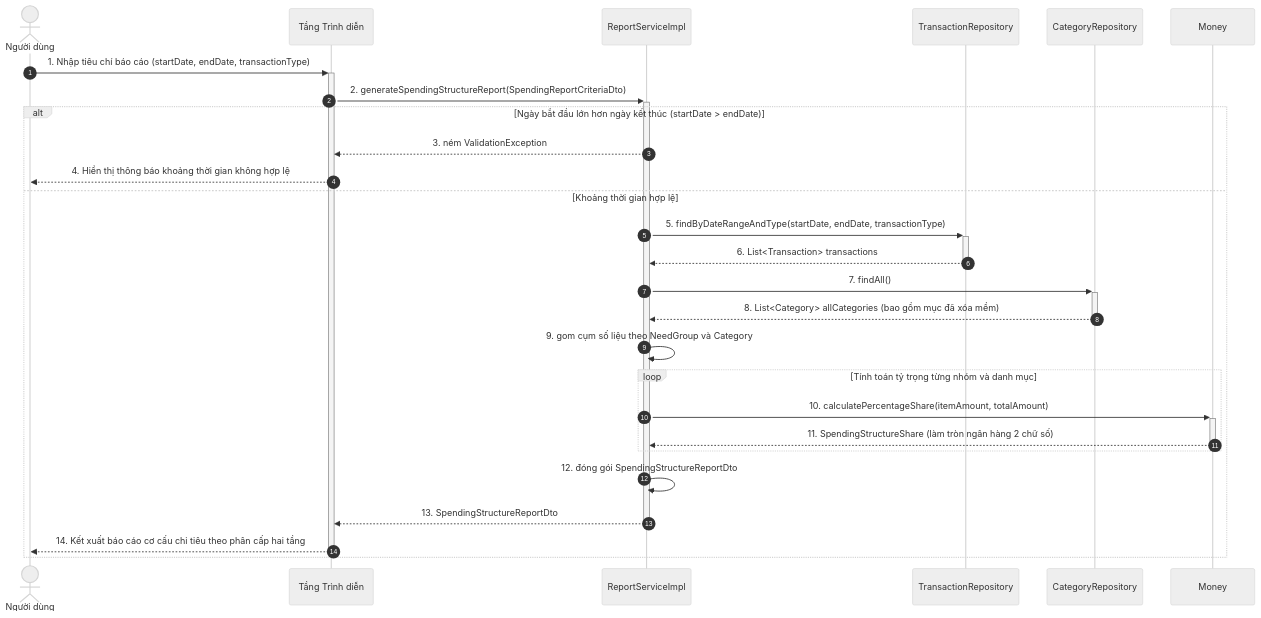
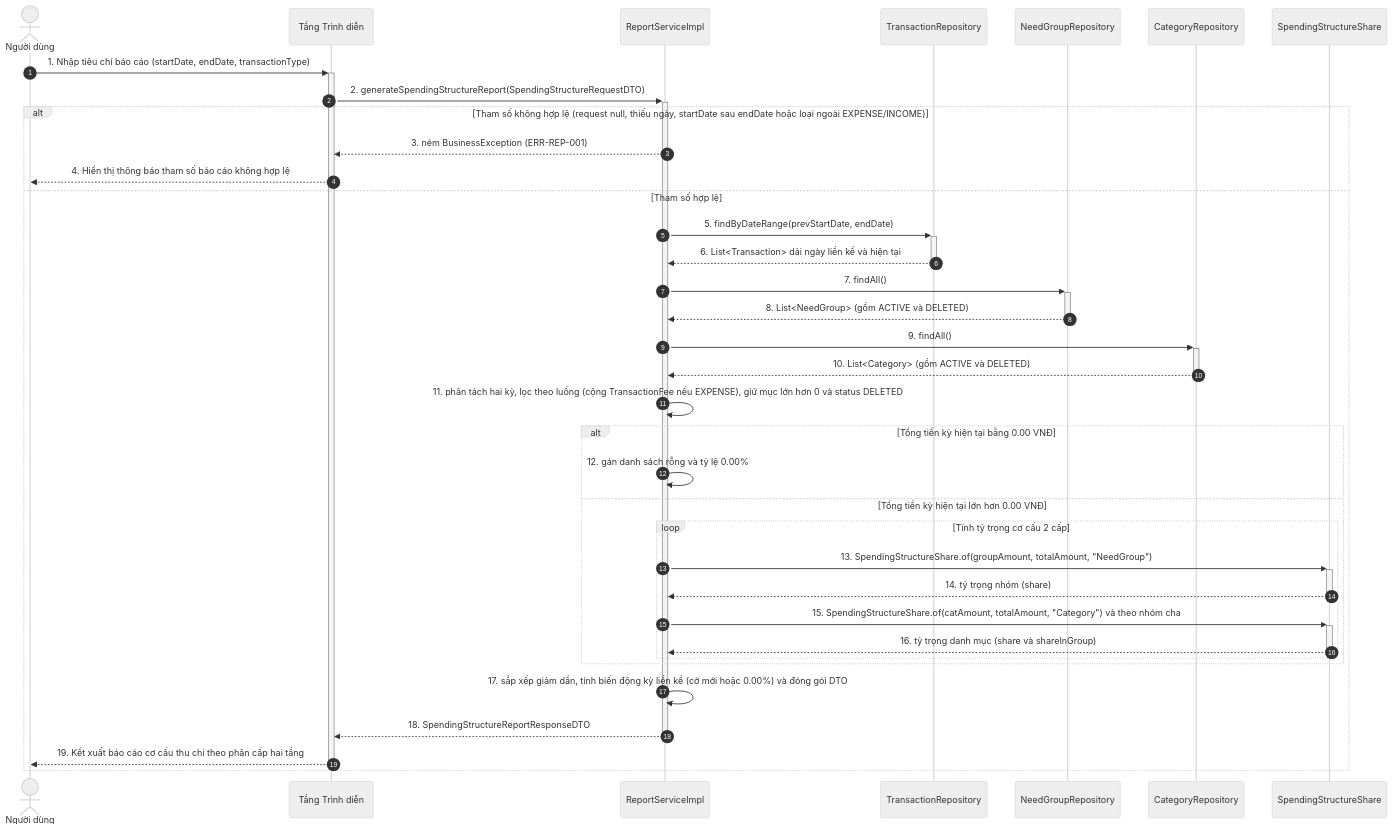
Diagram 18 of 21 in docs/object-oriented-design/05-so-do-tuong-tac-thiet-ke-sequence-diagram.md (mynhleeh/pfms-oop), drawn with Mermaid (neutral theme) before and after one commit. The commit also changed other lines of this file and 21 other files, not shown here.

Commit message:
docs(spec): align SRS, OOA, and OOD models with 12-month window and single-scan sequence

````diff
--- a/docs/object-oriented-design/05-so-do-tuong-tac-thiet-ke-sequence-diagram.md
+++ b/docs/object-oriented-design/05-so-do-tuong-tac-thiet-ke-sequence-diagram.md
@@ -963,30 +966,39 @@
 ```mermaid
 sequenceDiagram
     autonumber
     actor User as Người dùng
     participant GUI as Tầng Trình diễn
     participant ReportService as ReportServiceImpl
     participant TxnRepo as TransactionRepository
+    participant NeedGroupRepo as NeedGroupRepository
     participant CategoryRepo as CategoryRepository
-    participant Money as Money
+    participant ShareVO as SpendingStructureShare
 
     User->>+GUI: 1. Nhập tiêu chí báo cáo (startDate, endDate, transactionType)
-    GUI->>+ReportService: 2. generateSpendingStructureReport(SpendingReportCriteriaDto)
-    alt Ngày bắt đầu lớn hơn ngày kết thúc (startDate > endDate)
-        ReportService-->>GUI: 3. ném ValidationException
-        GUI-->>User: 4. Hiển thị thông báo khoảng thời gian không hợp lệ
-    else Khoảng thời gian hợp lệ
-        ReportService->>+TxnRepo: 5. findByDateRangeAndType(startDate, endDate, transactionType)
-        TxnRepo-->>-ReportService: 6. List<Transaction> transactions
-        ReportService->>+CategoryRepo: 7. findAll()
-        CategoryRepo-->>-ReportService: 8. List<Category> allCategories (bao gồm mục đã xóa mềm)
-        ReportService->>ReportService: 9. gom cụm số liệu theo NeedGroup và Category
-        loop Tính toán tỷ trọng từng nhóm và danh mục
-            ReportService->>+Money: 10. calculatePercentageShare(itemAmount, totalAmount)
-            Money-->>-ReportService: 11. SpendingStructureShare (làm tròn ngân hàng 2 chữ số)
+    GUI->>+ReportService: 2. generateSpendingStructureReport(SpendingStructureRequestDTO)
+    alt Tham số không hợp lệ (request null, thiếu ngày, startDate sau endDate hoặc loại ngoài EXPENSE/INCOME)
+        ReportService-->>GUI: 3. ném BusinessException (ERR-REP-001)
+        GUI-->>User: 4. Hiển thị thông báo tham số báo cáo không hợp lệ
+    else Tham số hợp lệ
+        ReportService->>+TxnRepo: 5. findByDateRange(prevStartDate, endDate)
+        TxnRepo-->>-ReportService: 6. List<Transaction> dải ngày liền kề và hiện tại
+        ReportService->>+NeedGroupRepo: 7. findAll()
+        NeedGroupRepo-->>-ReportService: 8. List<NeedGroup> (gồm ACTIVE và DELETED)
+        ReportService->>+CategoryRepo: 9. findAll()
+        CategoryRepo-->>-ReportService: 10. List<Category> (gồm ACTIVE và DELETED)
+        ReportService->>ReportService: 11. phân tách hai kỳ, lọc theo luồng (cộng TransactionFee nếu EXPENSE), giữ mục lớn hơn 0 và status DELETED
+        alt Tổng tiền kỳ hiện tại bằng 0.00 VNĐ
+            ReportService->>ReportService: 12. gán danh sách rỗng và tỷ lệ 0.00%
+        else Tổng tiền kỳ hiện tại lớn hơn 0.00 VNĐ
+            loop Tính tỷ trọng cơ cấu 2 cấp
+                ReportService->>+ShareVO: 13. SpendingStructureShare.of(groupAmount, totalAmount, "NeedGroup")
+                ShareVO-->>-ReportService: 14. tỷ trọng nhóm (share)
+                ReportService->>+ShareVO: 15. SpendingStructureShare.of(catAmount, totalAmount, "Category") và theo nhóm cha
+                ShareVO-->>-ReportService: 16. tỷ trọng danh mục (share và shareInGroup)
+            end
         end
-        ReportService->>ReportService: 12. đóng gói SpendingStructureReportDto
-        ReportService-->>-GUI: 13. SpendingStructureReportDto
-        GUI-->>-User: 14. Kết xuất báo cáo cơ cấu chi tiêu theo phân cấp hai tầng
+        ReportService->>ReportService: 17. sắp xếp giảm dần, tính biến động kỳ liền kề (cờ mới hoặc 0.00%) và đóng gói DTO
+        ReportService-->>-GUI: 18. SpendingStructureReportResponseDTO
+        GUI-->>-User: 19. Kết xuất báo cáo cơ cấu thu chi theo phân cấp hai tầng
     end
 ```
````
